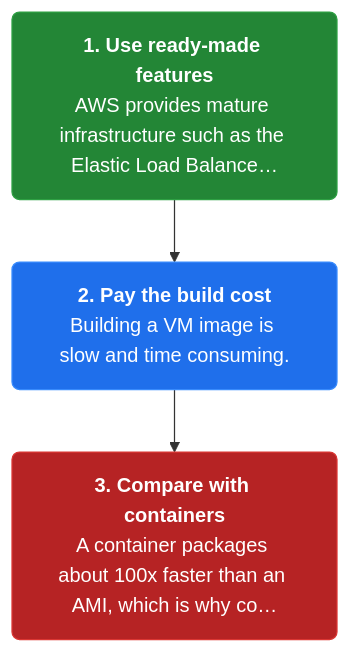
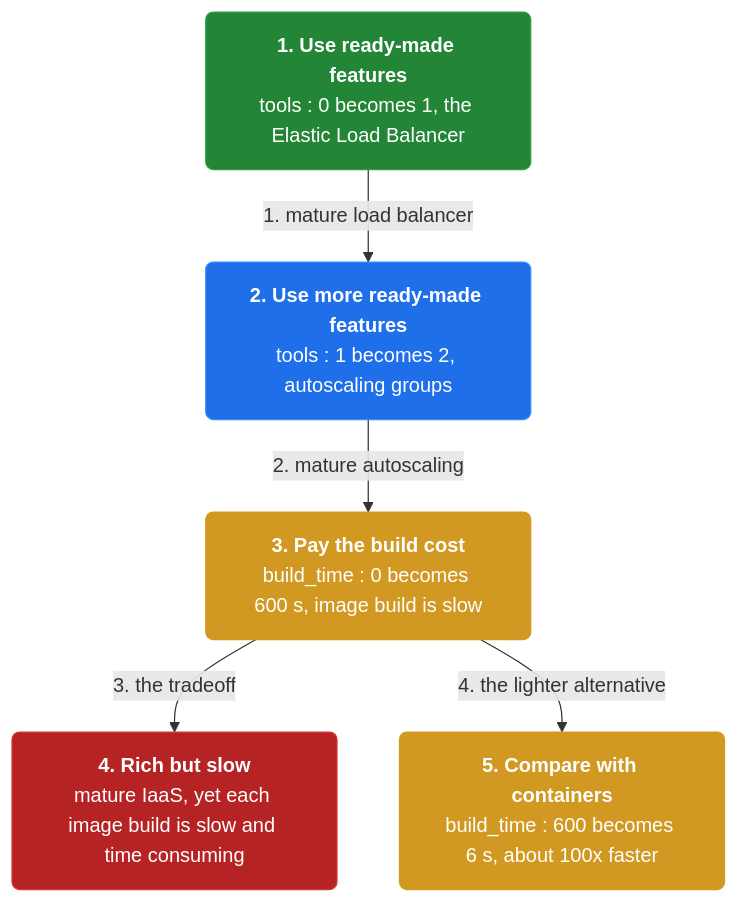
Before and after one commit to vinayakuber/microservices-io-study-guide: the fourth of 4 diagrams in docs/ch38-service-per-vm.md, drawn with Mermaid. The commit also changed other lines of this file and 46 other files, not shown here.

First line of the commit message:
Author rich branching flow diagrams for all 44 chapters

````diff
--- a/docs/ch38-service-per-vm.md
+++ b/docs/ch38-service-per-vm.md
@@ -124,11 +145,17 @@
 ```mermaid
 flowchart TD
-  classDef step fill:#1f6feb,color:#ffffff,stroke:#388bfd,stroke-width:1px,rx:6
+  classDef step fill:#1f6feb,color:#ffffff,stroke:#388bfd,rx:6
+  classDef core fill:#8250df,color:#ffffff,stroke:#8250df,rx:6
+  classDef warn fill:#d29922,color:#ffffff,stroke:#d29922,rx:6
   classDef start fill:#238636,color:#ffffff,stroke:#2ea043,rx:6
   classDef stop fill:#b62324,color:#ffffff,stroke:#da3633,rx:6
-  s3n0["<b>1. Use ready-made features</b><br/>AWS provides mature infrastructure such as the Elastic Load Balance…"]:::start
-  s3n1["<b>2. Pay the build cost</b><br/>Building a VM image is slow and time consuming."]:::step
-  s3n2["<b>3. Compare with containers</b><br/>A container packages about 100x faster than an AMI, which is why co…"]:::stop
-  s3n0 --> s3n1
-  s3n1 --> s3n2
+  n0["<b>1. Use ready-made features</b><br/>tools : 0 becomes 1, the Elastic Load Balancer"]:::start
+  n1["<b>2. Use more ready-made features</b><br/>tools : 1 becomes 2, autoscaling groups"]:::step
+  n2["<b>3. Pay the build cost</b><br/>build_time : 0 becomes 600 s, image build is slow"]:::warn
+  n3["<b>4. Rich but slow</b><br/>mature IaaS, yet each image build is slow and time consuming"]:::stop
+  n4["<b>5. Compare with containers</b><br/>build_time : 600 becomes 6 s, about 100x faster"]:::warn
+  n0 -->|"1. mature load balancer"| n1
+  n1 -->|"2. mature autoscaling"| n2
+  n2 -->|"3. the tradeoff"| n3
+  n2 -->|"4. the lighter alternative"| n4
 ```
````
